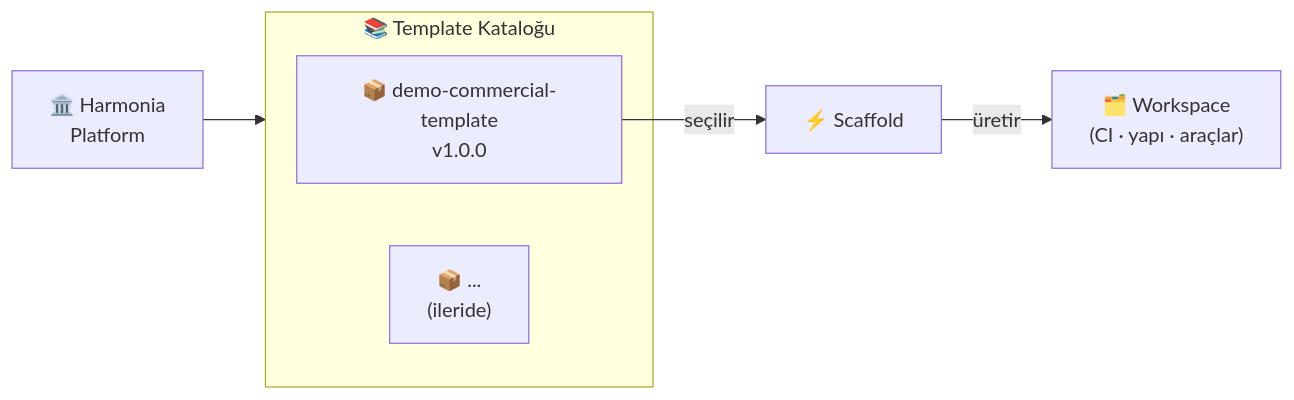
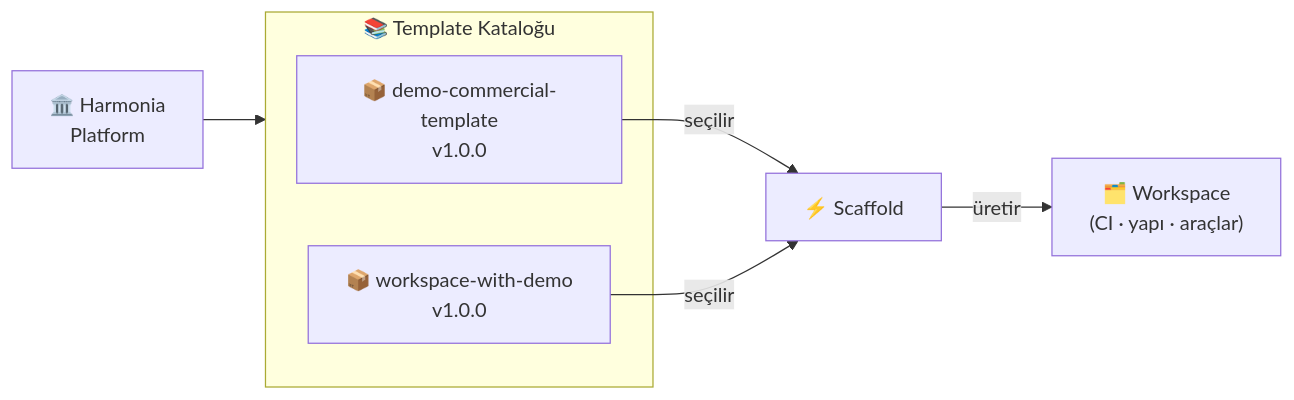
Before and after one commit to drokian/harmonia-platform: the diagram in docs/index.md, drawn with Mermaid. The commit also changed other lines of this file and 2 other files, not shown here.

Commit message:
docs(template): workspace-with-demo katalog ve rehber sayfası (#11)
* docs(template): workspace-with-demo katalog ve rehber sayfası

- docs/index.md: Mermaid diyagramı ve Template Kataloğu tablosuna workspace-with-demo eklendi
- docs/templates/workspace-with-demo.md: Yeni detaylı template tanıtım ve kurulum rehber sayfası
- mkdocs.yml: Templates bölümü eklendi, yeni sayfa nav'a kaydedildi
- templates/demo-workspace-instructions.md: Silinir (içeriği template README + plan dosyasında yaşıyor)

Bu commit PR-5 (Harmonia Katalog Güncellemesi) tamamlıyor.

* fix(docs): address PR-11 review findings

- docs/index.md: T2 düğümüne Scaffold edge eklendi; Türkçe karakter düzeltmesi (filtrelenmiş/sürüm)
- workspace-with-demo.md: Gerçek script listesi güncellendi (cleanup.ps1 kaldırıldı, validate/verify/bump eklendi)
- workspace-with-demo.md: WD-003 durumu 'devam ediyor' olarak düzeltildi
- workspace-with-demo.md: Güvenlik modeli madde 3'te CI iddiası kaldırıldı, lokal script referansı yapıldı
- workspace-with-demo.md: Installation linkleri ./docs/... → ../installation/... düzeltildi
- workspace-with-demo.md: İlgili Kaynaklar linkleri kırık URL'den düz metin yol referansına alındı

````diff
--- a/docs/index.md
+++ b/docs/index.md
@@ -13,16 +13,17 @@
 ```mermaid
 flowchart LR
     H["🏛️ Harmonia\nPlatform"]
 
     subgraph catalog["📚 Template Kataloğu"]
         T1["📦 demo-commercial-template\nv1.0.0"]
-        T2["📦 ...\n(ileride)"]
+        T2["📦 workspace-with-demo\nv1.0.0"]
     end
 
     S["⚡ Scaffold"]
     W["🗂️ Workspace\n(CI · yapı · araçlar)"]
 
     H --> catalog
     T1 -->|"seçilir"| S
+    T2 -->|"seçilir"| S
     S -->|"üretir"| W
 ```
````
